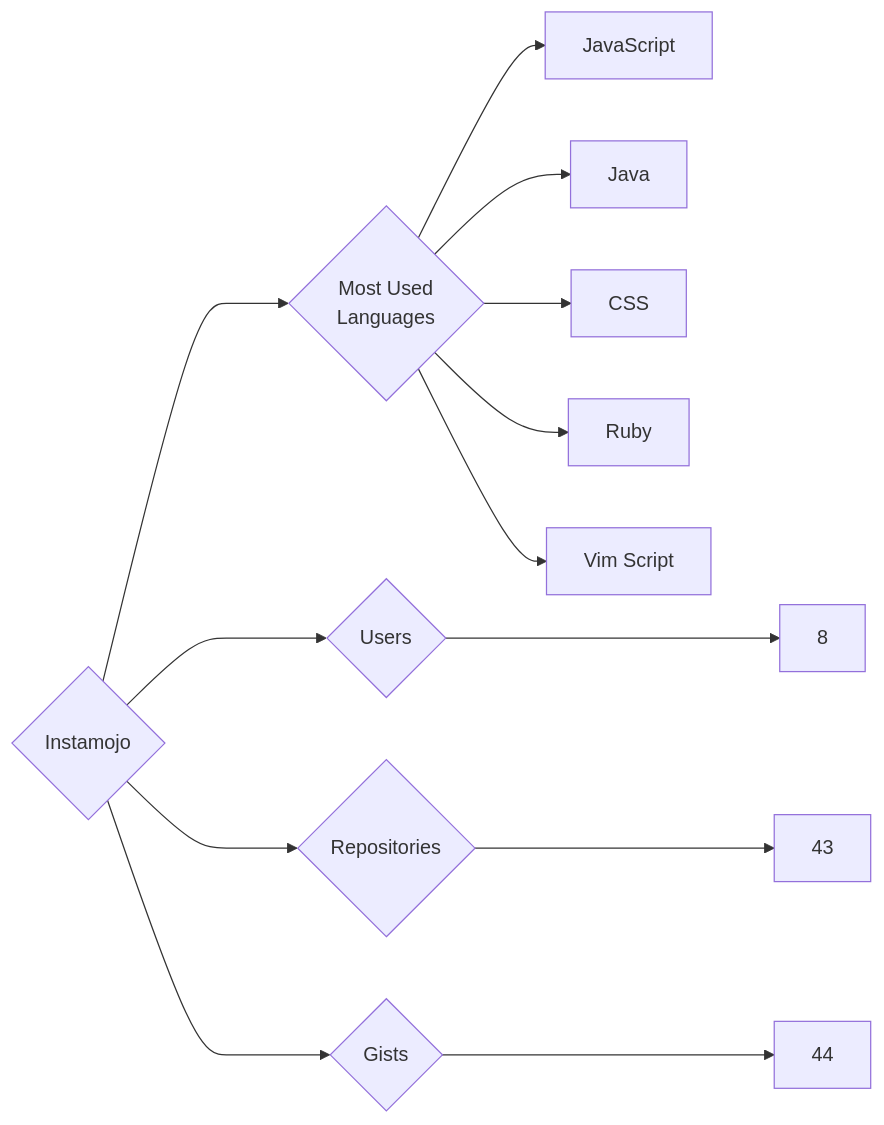
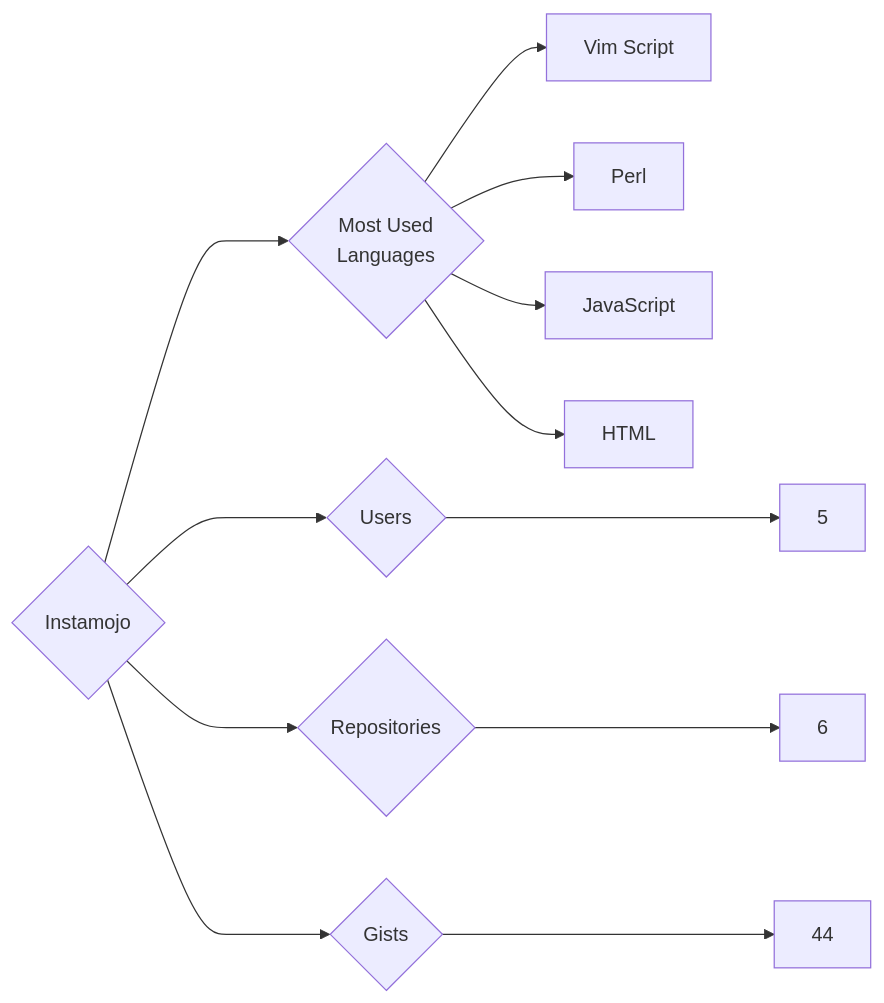
Before and after one commit to trickest/insiders: the diagram in targets/Instamojo/README.md, drawn with Mermaid. The commit also changed 840 other files, not shown here.

````diff
--- a/targets/Instamojo/README.md
+++ b/targets/Instamojo/README.md
@@ -3,13 +3,12 @@
 ```mermaid
 graph LR
 COMPANY_NAME{Instamojo}
-COMPANY_NAME ---> U{Users} ---> UN[8]
-COMPANY_NAME ---> R{Repositories} ---> RN[43]
+COMPANY_NAME ---> U{Users} ---> UN[5]
+COMPANY_NAME ---> R{Repositories} ---> RN[6]
 COMPANY_NAME ---> G{Gists} ---> GN[44]
 COMPANY_NAME ---> ML{Most Used<br>Languages}
+ML --> Vim_Script[Vim Script]
+ML --> Perl[Perl]
 ML --> JavaScript[JavaScript]
-ML --> Java[Java]
-ML --> CSS[CSS]
-ML --> Ruby[Ruby]
-ML --> Vim_Script[Vim Script]
+ML --> HTML[HTML]
 ```
````
